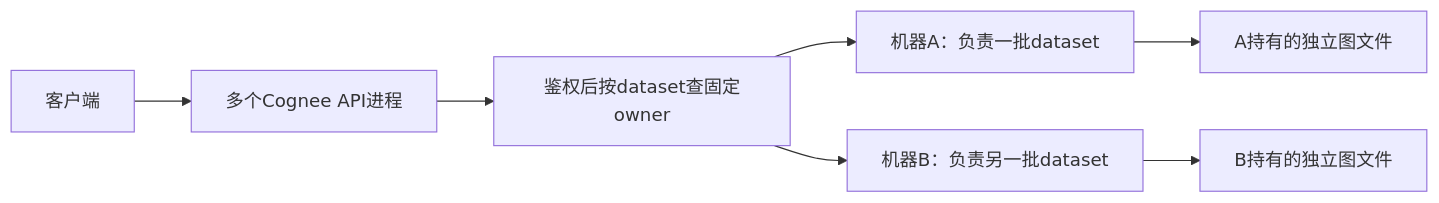
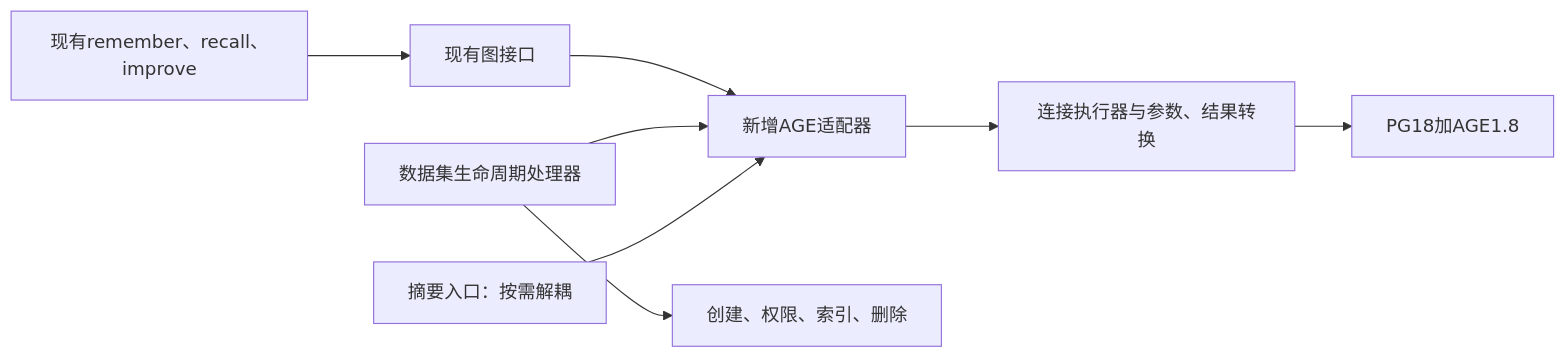
One commit to stefanv5/memory-platform-architecture changed diagram 13 of 14 in docs/cognee/graph-storage-postgres-analysis.md. Above: the diagram before and after it, drawn with Mermaid. The commit also changed other lines of this file and 4 other files, not shown here.

````diff
--- a/docs/cognee/graph-storage-postgres-analysis.md
+++ b/docs/cognee/graph-storage-postgres-analysis.md
@@ -1090,9 +379,10 @@
 ```mermaid
 flowchart LR
- U[客户端] --> API[多个Cognee API进程]
- API --> R[鉴权后按dataset查固定owner]
- R --> A[机器A：负责一批dataset]
- R --> B[机器B：负责另一批dataset]
- A --> F1[A持有的独立图文件]
- B --> F2[B持有的独立图文件]
+    U[现有remember、recall、improve] --> I[现有图接口]
+    I --> A[新增AGE适配器]
+    A --> C[连接执行器与参数、结果转换]
+    C --> G[PG18加AGE1.8]
+    H[数据集生命周期处理器] --> A
+    H --> S[创建、权限、索引、删除]
+    T[摘要入口：按需解耦] --> A
 ```
````
